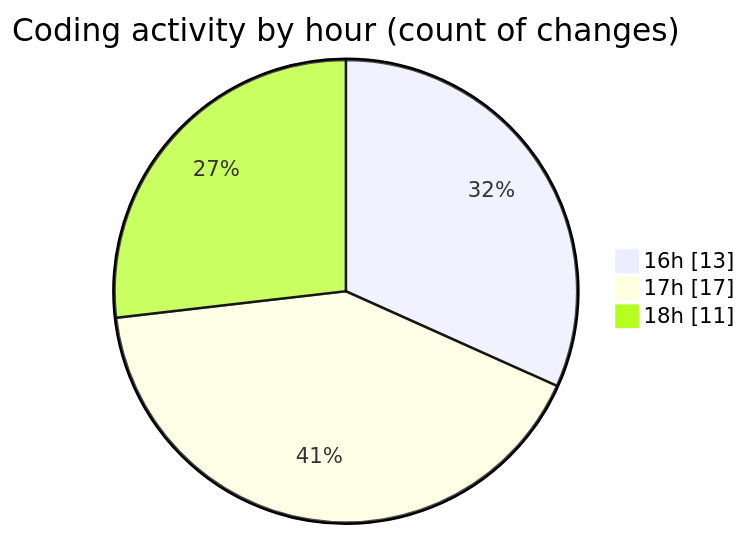
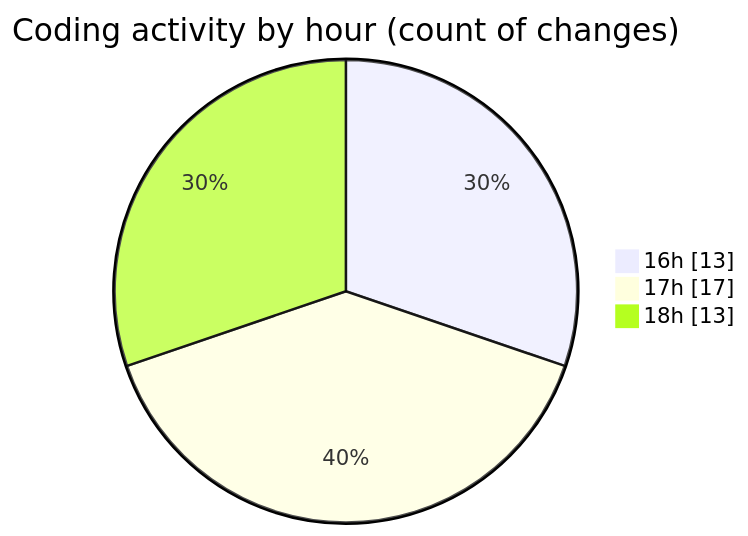
Before and after one commit to idhammustaqopulfikri/code-tracking: the second of 2 diagrams in 2025-05-28/studio-backend/README.md, drawn with Mermaid. The commit also changed other lines of this file and 1 other file, not shown here.

````diff
--- a/2025-05-28/studio-backend/README.md
+++ b/2025-05-28/studio-backend/README.md
@@ -44,7 +45,7 @@
 ```mermaid
 pie showData
 title Coding activity by hour (count of changes)
 "16h" : 13
 "17h" : 17
-"18h" : 11
+"18h" : 13
 ```
````
